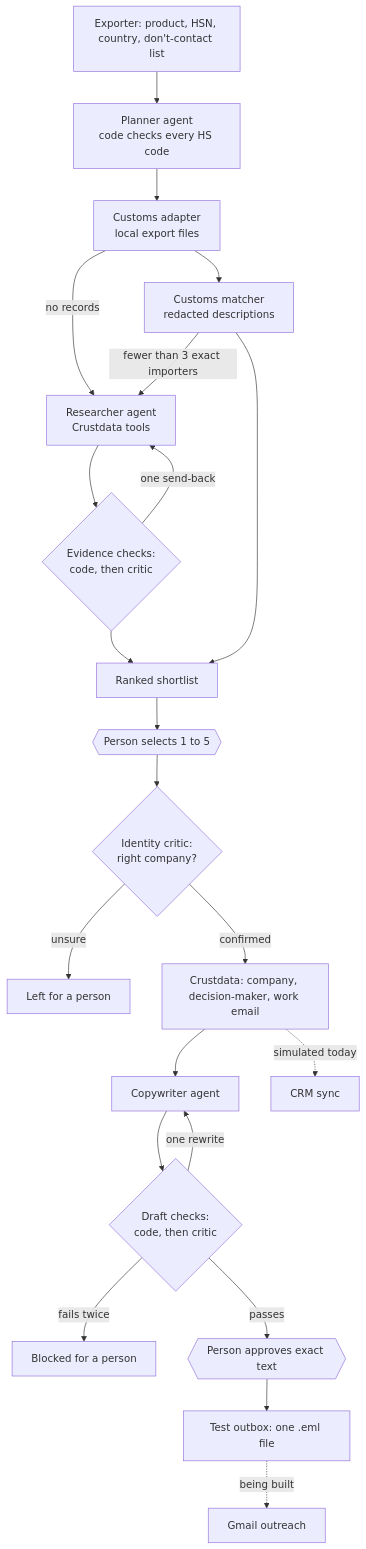
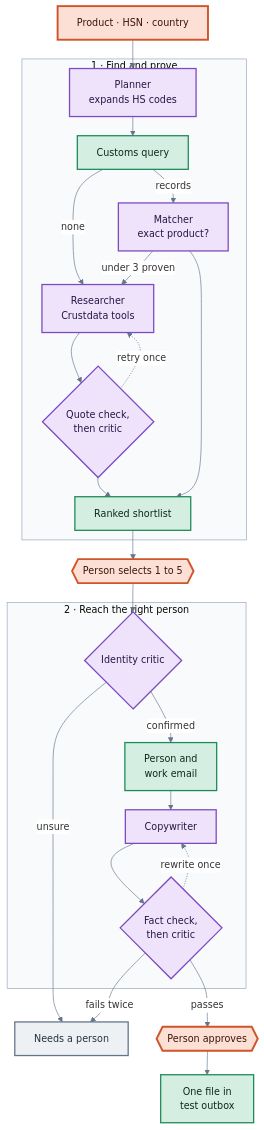
One commit to DityaSen29/tradescout changed the second of 4 diagrams in README.md. Above: the diagram before and after it, drawn with Mermaid. The commit also changed other lines of this file, not shown here.

First line of the commit message:
README: four diagrams, outreach wired, related-party fixes, CRMs coming soon

````diff
--- a/README.md
+++ b/README.md
@@ -319,24 +361,41 @@
 ```mermaid
-flowchart TD
-  U["Exporter: product, HSN, country, don't-contact list"] --> P["Planner agent<br/>code checks every HS code"]
-  P --> C["Customs adapter<br/>local export files"]
-  C --> M["Customs matcher<br/>redacted descriptions"]
-  C -->|no records| R
-  M -->|fewer than 3 exact importers| R["Researcher agent<br/>Crustdata tools"]
-  R --> K{"Evidence checks:<br/>code, then critic"}
-  K -->|one send-back| R
-  K --> S["Ranked shortlist"]
-  M --> S
-  S --> H1{{"Person selects 1 to 5"}}
-  H1 --> I{"Identity critic:<br/>right company?"}
-  I -->|unsure| Q["Left for a person"]
-  I -->|confirmed| E["Crustdata: company, decision-maker, work email"]
-  E --> W["Copywriter agent"]
-  W --> D{"Draft checks:<br/>code, then critic"}
-  D -->|one rewrite| W
-  D -->|fails twice| B["Blocked for a person"]
-  D -->|passes| H2{{"Person approves exact text"}}
-  H2 --> X["Test outbox: one .eml file"]
-  E -.->|simulated today| CRM["CRM sync"]
-  X -.->|being built| O["Gmail outreach"]
+%%{init: {"theme":"base","themeVariables":{"fontSize":"15px","lineColor":"#64748b","clusterBkg":"#f8fafc","clusterBorder":"#94a3b8","edgeLabelBackground":"#ffffff"},"flowchart":{"nodeSpacing":24,"rankSpacing":30,"curve":"basis"}}}%%
+flowchart TB
+  IN["Product · HSN · country"]:::human
+  subgraph FIND["1 · Find and prove"]
+    PL["Planner<br/>expands HS codes"]:::agent
+    CQ["Customs query"]:::code
+    MA["Matcher<br/>exact product?"]:::agent
+    RE["Researcher<br/>Crustdata tools"]:::agent
+    EC{"Quote check,<br/>then critic"}:::agent
+    SL["Ranked shortlist"]:::code
+  end
+  PICK{{"Person selects 1 to 5"}}:::human
+  subgraph REACH["2 · Reach the right person"]
+    IC{"Identity critic"}:::agent
+    EN["Person and<br/>work email"]:::code
+    CW["Copywriter"]:::agent
+    DC{"Fact check,<br/>then critic"}:::agent
+  end
+  NP["Needs a person"]:::stop
+  OK{{"Person approves"}}:::human
+  OB["One file in<br/>test outbox"]:::code
+  IN --> PL --> CQ
+  CQ -->|records| MA
+  CQ -->|none| RE
+  MA -->|under 3 proven| RE
+  RE --> EC
+  EC -.->|retry once| RE
+  EC --> SL
+  MA --> SL
+  SL --> PICK --> IC
+  IC -->|confirmed| EN --> CW --> DC
+  IC -->|unsure| NP
+  DC -.->|rewrite once| CW
+  DC -->|fails twice| NP
+  DC -->|passes| OK --> OB
+  classDef agent fill:#eee3fa,stroke:#7c4bc0,stroke-width:2px,color:#2a1446
+  classDef code fill:#d4efe1,stroke:#1e8a5a,stroke-width:2px,color:#0b2a1c
+  classDef human fill:#fde0d5,stroke:#d0542a,stroke-width:3px,color:#3d1405
+  classDef stop fill:#eef1f4,stroke:#64748b,stroke-width:2px,color:#26313d
 ```
````
